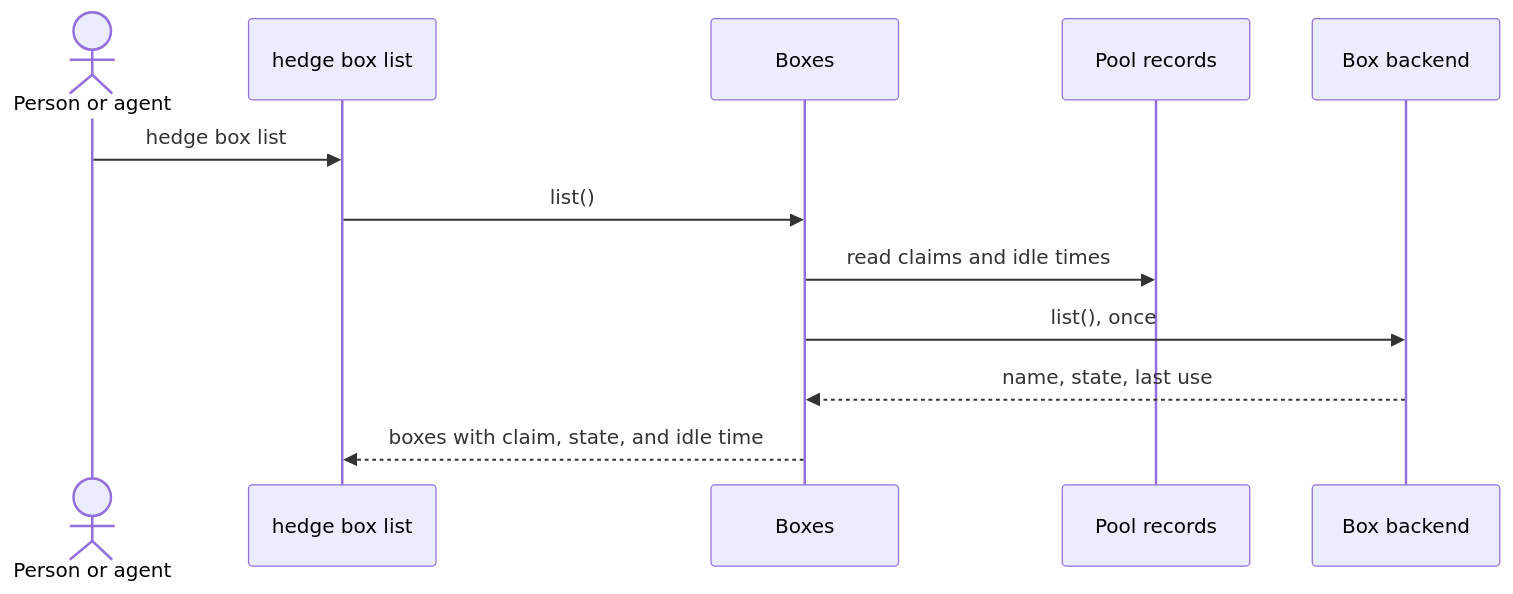
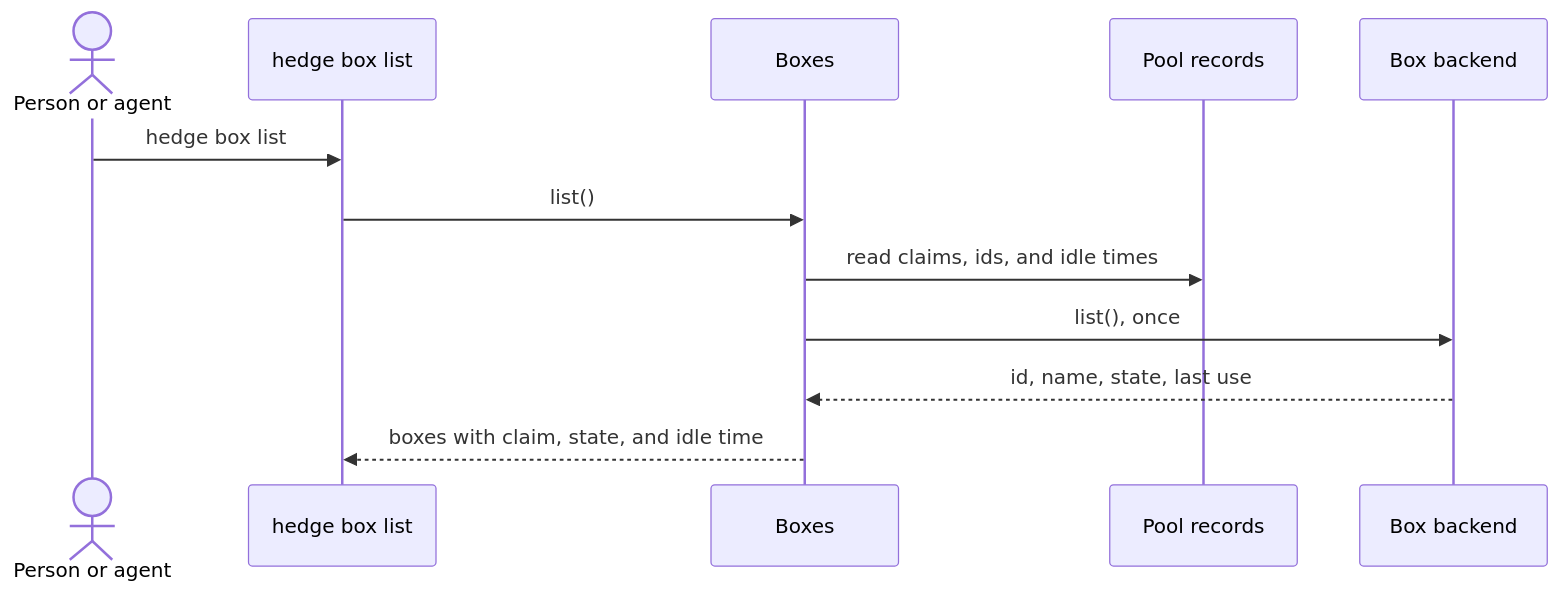
The second of 3 diagrams in docs/architecture/hedge-refocus.md (PostHog/fleet-engine), drawn with Mermaid before and after one commit. The commit also changed other lines of this file and 11 other files, not shown here.

````diff
--- a/docs/architecture/hedge-refocus.md
+++ b/docs/architecture/hedge-refocus.md
@@ -177,14 +191,14 @@
 ```mermaid
 sequenceDiagram
   actor P as Person or agent
   participant C as hedge box list
   participant B as Boxes
   participant L as Pool records
   participant K as Box backend
   P->>C: hedge box list
   C->>B: list()
-  B->>L: read claims and idle times
+  B->>L: read claims, ids, and idle times
   B->>K: list(), once
-  K-->>B: name, state, last use
+  K-->>B: id, name, state, last use
   B-->>C: boxes with claim, state, and idle time
 ```
````
